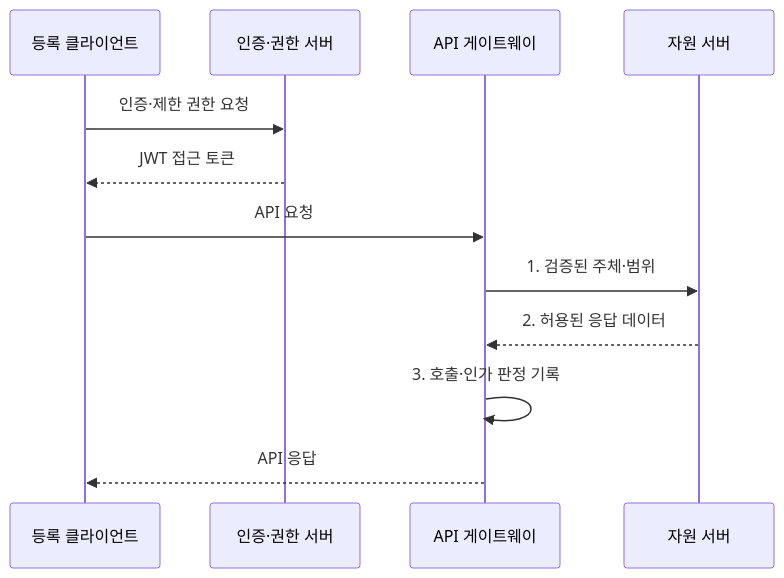
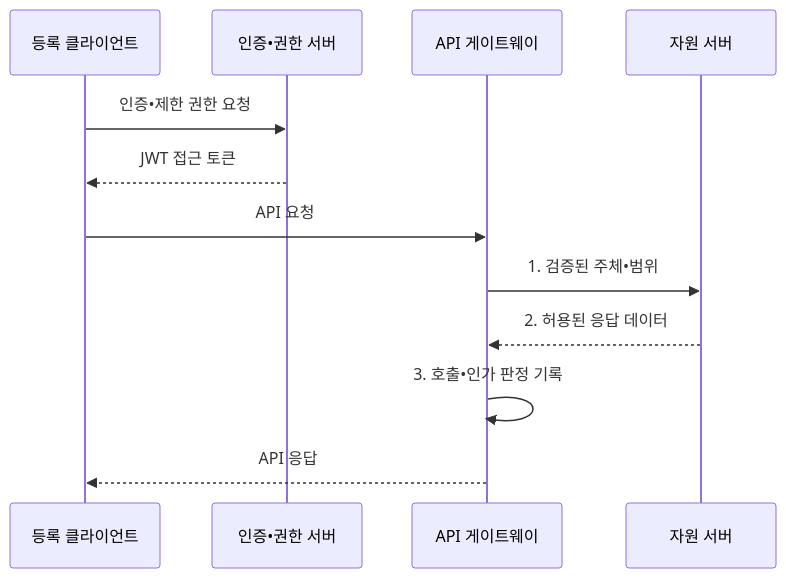
One commit to agnusdei1207/knowledge-base changed the second of 2 diagrams in src/content/docs/notes/05-security/053_secure_api_design.md. Above: the diagram before and after it, drawn with Mermaid. The commit also changed other lines of this file and 953 other files, not shown here.

````diff
--- a/src/content/docs/notes/05-security/053_secure_api_design.md
+++ b/src/content/docs/notes/05-security/053_secure_api_design.md
@@ -97,14 +97,14 @@
 ```mermaid
 sequenceDiagram
     participant C as 등록 클라이언트
-    participant A as 인증·권한 서버
+    participant A as 인증•권한 서버
     participant G as API 게이트웨이
     participant R as 자원 서버
-    C->>A: 인증·제한 권한 요청
+    C->>A: 인증•제한 권한 요청
     A-->>C: JWT 접근 토큰
     C->>G: API 요청
-    G->>R: 1. 검증된 주체·범위
+    G->>R: 1. 검증된 주체•범위
     R-->>G: 2. 허용된 응답 데이터
-    G->>G: 3. 호출·인가 판정 기록
+    G->>G: 3. 호출•인가 판정 기록
     G-->>C: API 응답
 ```
````
